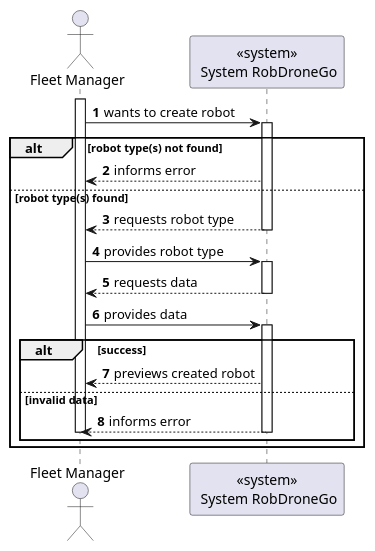
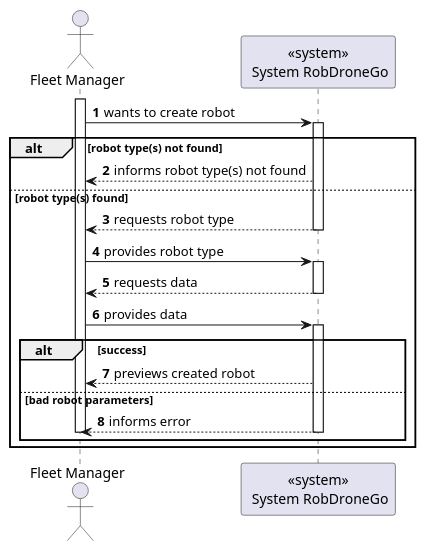
The diagram in docs/us1010/level1/process-view.puml (Departamento-de-Engenharia-Informatica/lapr5-23-24-g19), drawn with PlantUML before and after one commit. The commit also changed 3 other files, not shown here.

```diff
--- a/docs/us1010/level1/process-view.puml
+++ b/docs/us1010/level1/process-view.puml
@@ -1,33 +1,33 @@
 @startuml
 autonumber
 
 actor "Fleet Manager" as usr
 
 participant "<<system>>\n System RobDroneGo" as sys
 
 activate usr
     usr -> sys : wants to create robot
     activate sys
     alt robot type(s) not found
-        sys --> usr : informs error
+        sys --> usr : informs robot type(s) not found
     else robot type(s) found
         sys --> usr : requests robot type
     deactivate sys
 
     usr -> sys : provides robot type
     activate sys
         sys --> usr : requests data
     deactivate sys
 
     usr -> sys : provides data
     activate sys
     alt success
         sys --> usr : previews created robot
-    else invalid data
+    else bad robot parameters
         sys --> usr : informs error
     deactivate sys
 deactivate usr
 end
 end
 
 @enduml
```
